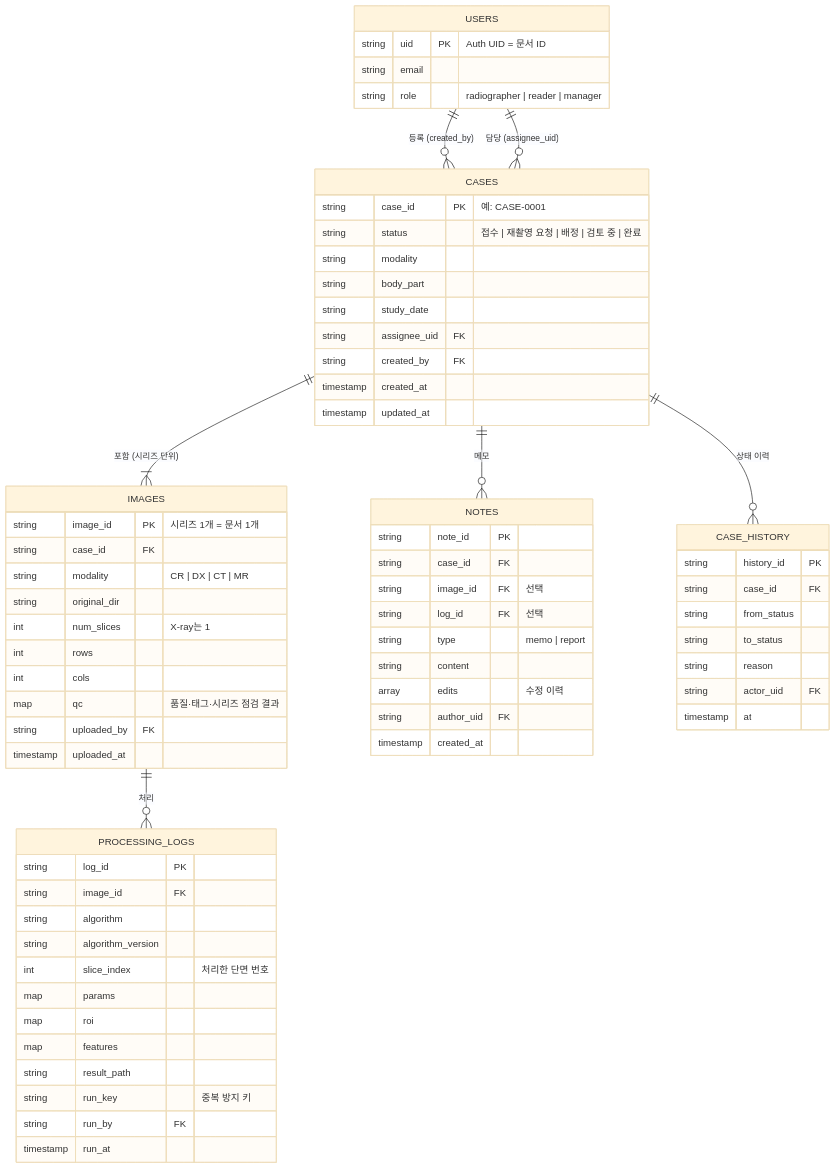
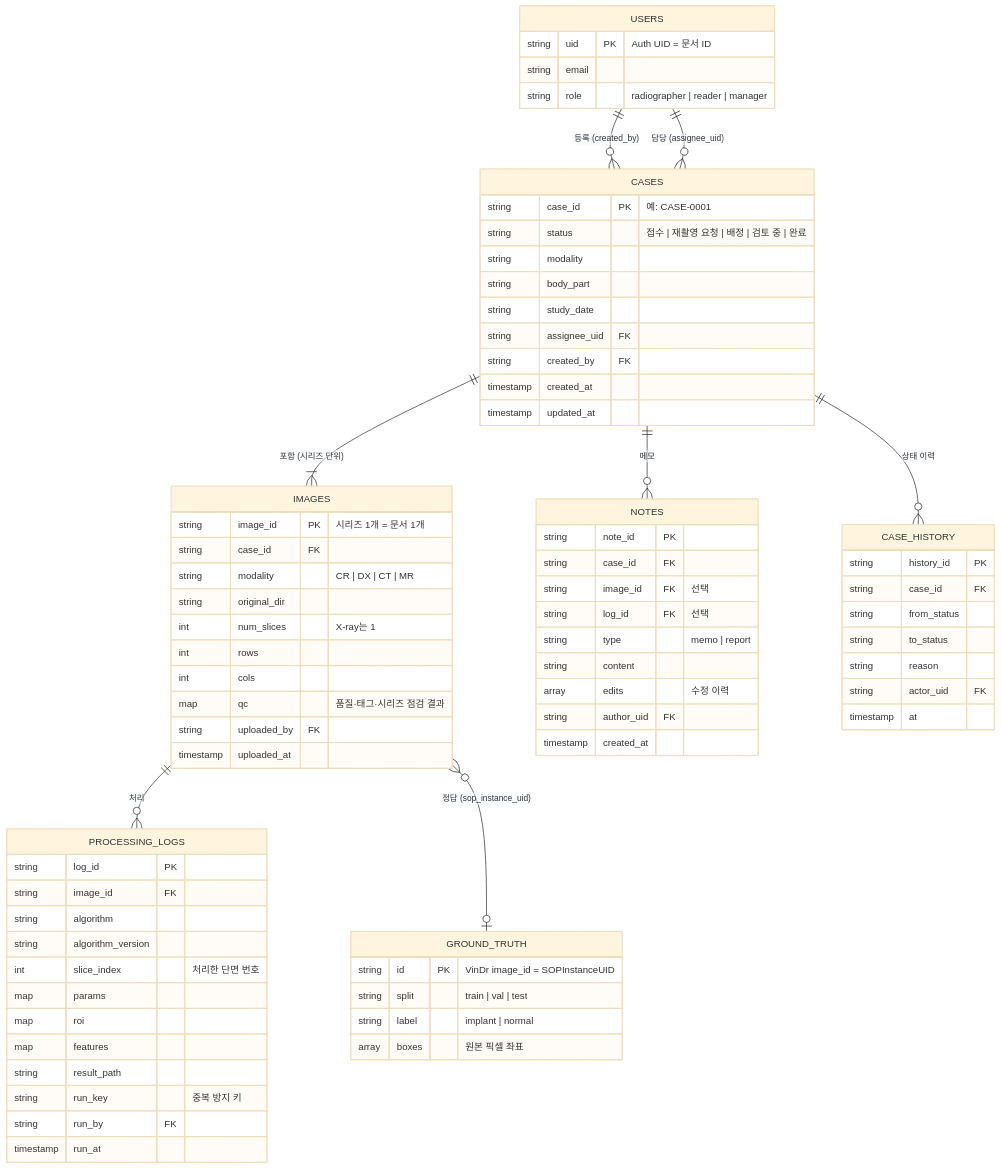
One commit to HyangnamDexter/Team_Project changed the diagram in docs/firestore.md. Above: the diagram before and after it, drawn with Mermaid (base theme). The commit also changed other lines of this file and 5 other files, not shown here.

First line of the commit message:
feat: VinDr 정답 박스를 Firestore ground_truth 에 저장하고 등록 영상과 연결

````diff
--- a/docs/firestore.md
+++ b/docs/firestore.md
@@ -16,72 +16,79 @@
 ```mermaid
 erDiagram
     USERS ||--o{ CASES : "등록 (created_by)"
     USERS ||--o{ CASES : "담당 (assignee_uid)"
     CASES ||--|{ IMAGES : "포함 (시리즈 단위)"
     IMAGES ||--o{ PROCESSING_LOGS : "처리"
     CASES ||--o{ NOTES : "메모"
     CASES ||--o{ CASE_HISTORY : "상태 이력"
+    IMAGES }o--o| GROUND_TRUTH : "정답 (sop_instance_uid)"
 
     USERS {
         string uid PK "Auth UID = 문서 ID"
         string email
         string role "radiographer | reader | manager"
     }
     CASES {
         string case_id PK "예: CASE-0001"
         string status "접수 | 재촬영 요청 | 배정 | 검토 중 | 완료"
         string modality
         string body_part
         string study_date
         string assignee_uid FK
         string created_by FK
         timestamp created_at
         timestamp updated_at
     }
     IMAGES {
         string image_id PK "시리즈 1개 = 문서 1개"
         string case_id FK
         string modality "CR | DX | CT | MR"
         string original_dir
         int num_slices "X-ray는 1"
         int rows
         int cols
         map qc "품질·태그·시리즈 점검 결과"
         string uploaded_by FK
         timestamp uploaded_at
     }
     PROCESSING_LOGS {
         string log_id PK
         string image_id FK
         string algorithm
         string algorithm_version
         int slice_index "처리한 단면 번호"
         map params
         map roi
         map features
         string result_path
         string run_key "중복 방지 키"
         string run_by FK
         timestamp run_at
     }
     NOTES {
         string note_id PK
         string case_id FK
         string image_id FK "선택"
         string log_id FK "선택"
         string type "memo | report"
         string content
         array edits "수정 이력"
         string author_uid FK
         timestamp created_at
     }
+    GROUND_TRUTH {
+        string id PK "VinDr image_id = SOPInstanceUID"
+        string split "train | val | test"
+        string label "implant | normal"
+        array boxes "원본 픽셀 좌표"
+    }
     CASE_HISTORY {
         string history_id PK
         string case_id FK
         string from_status
         string to_status
         string reason
         string actor_uid FK
         timestamp at
     }
 ```
````
